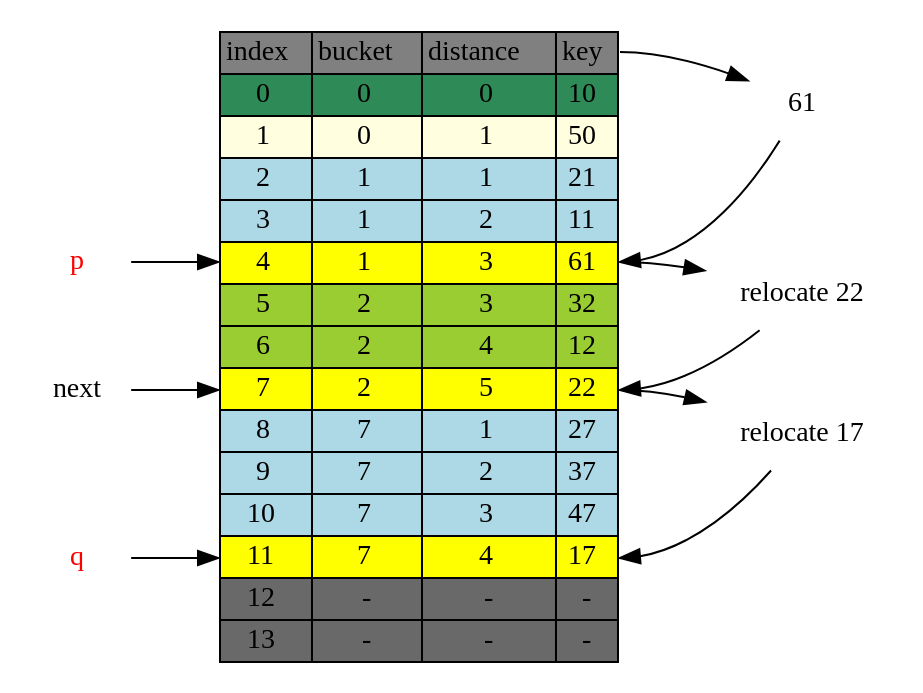
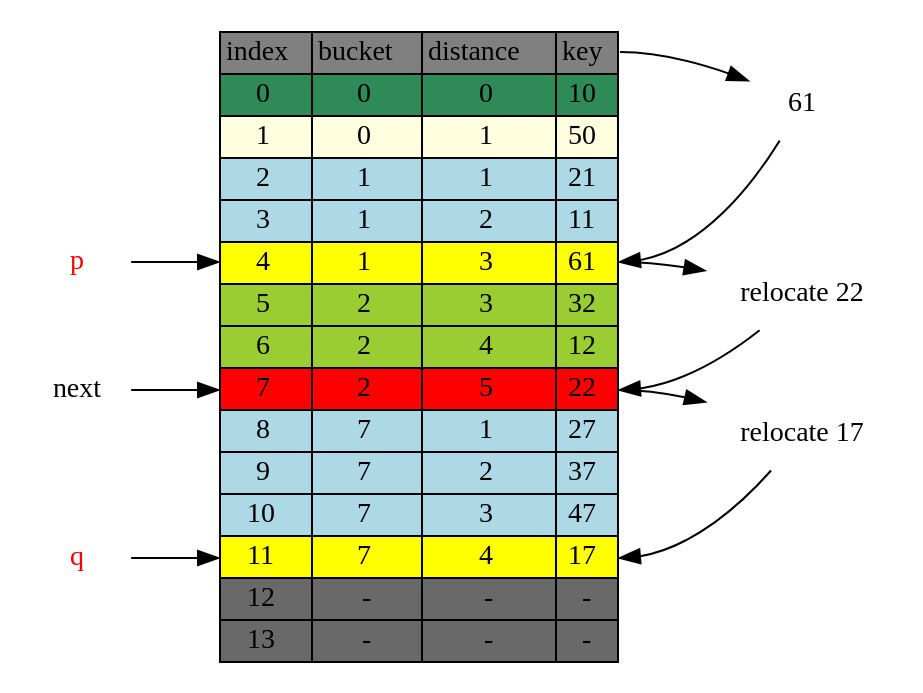
One commit to jasonlue/digest changed the diagram in hashing/cluster-insert-61-adjust-7.dot. Above: the diagram before and after it, drawn with Graphviz. The commit also changed 12 other files, not shown here.

```diff
--- a/hashing/cluster-insert-61-adjust-7.dot
+++ b/hashing/cluster-insert-61-adjust-7.dot
@@ -1,109 +1,109 @@
 digraph table{
     rankdir=LR
     node[shape=plaintext]
 
      table[label=<
         <TABLE BORDER="0" CELLBORDER="1" CELLSPACING="0">
             <TR>
                 <TD BGCOLOR="grey">index</TD>
                 <TD BGCOLOR="grey">bucket</TD>
                 <TD BGCOLOR="grey">distance</TD>
                 <TD BGCOLOR="grey" PORT="k">key</TD>
             </TR>           
             <TR>
                 <TD BGCOLOR="seagreen" PORT="i0">0</TD>
                 <TD BGCOLOR="seagreen">0</TD>
                 <TD BGCOLOR="seagreen">0</TD>
                 <TD BGCOLOR="seagreen" PORT="k0">10</TD>
             </TR>           
             <TR>
                 <TD BGCOLOR="lightyellow" PORT="i1">1</TD>
                 <TD BGCOLOR="lightyellow">0</TD>
                 <TD BGCOLOR="lightyellow">1</TD>
                 <TD BGCOLOR="lightyellow" PORT="k1">50</TD>
             </TR>           
             <TR>
                 <TD BGCOLOR="lightblue" PORT="i2">2</TD>
                 <TD BGCOLOR="lightblue">1</TD>
                 <TD BGCOLOR="lightblue">1</TD>
                 <TD BGCOLOR="lightblue" PORT="k2">21</TD>
             </TR>           
             <TR>
                 <TD BGCOLOR="lightblue" PORT="i3">3</TD>
                 <TD BGCOLOR="lightblue">1</TD>
                 <TD BGCOLOR="lightblue">2</TD>
                 <TD BGCOLOR="lightblue" PORT="k3">11</TD>
             </TR>           
             <TR>
                 <TD BGCOLOR="yellow" PORT="i4">4</TD>
                 <TD BGCOLOR="yellow">1</TD>
                 <TD BGCOLOR="yellow">3</TD>
                 <TD BGCOLOR="yellow" PORT="k4">61</TD>
             </TR>           
             <TR>
                 <TD BGCOLOR="yellowgreen" PORT="i5">5</TD>
                 <TD BGCOLOR="yellowgreen">2</TD>
                 <TD BGCOLOR="yellowgreen">3</TD>
                 <TD BGCOLOR="yellowgreen" PORT="k5">32</TD>
             </TR>
             <TR>
                 <TD BGCOLOR="yellowgreen" PORT="i6">6</TD>
                 <TD BGCOLOR="yellowgreen">2</TD>
                 <TD BGCOLOR="yellowgreen">4</TD>
                 <TD BGCOLOR="yellowgreen" PORT="k6">12</TD> 
             </TR>           
             <TR>
-                <TD BGCOLOR="yellow" PORT="i7">7</TD>
-                <TD BGCOLOR="yellow">2</TD>
-                <TD BGCOLOR="yellow">5</TD>
-                <TD BGCOLOR="yellow" PORT="k7">22</TD>
+                <TD BGCOLOR="red" PORT="i7">7</TD>
+                <TD BGCOLOR="red">2</TD>
+                <TD BGCOLOR="red">5</TD>
+                <TD BGCOLOR="red" PORT="k7">22</TD>
             </TR>           
             <TR>
                 <TD BGCOLOR="lightblue" PORT="i8">8</TD>
                 <TD BGCOLOR="lightblue">7</TD>
                 <TD BGCOLOR="lightblue">1</TD>
                 <TD BGCOLOR="lightblue" PORT="k8">27</TD>
             </TR>           
             <TR>
                 <TD BGCOLOR="lightblue" PORT="i9">9</TD>
                 <TD BGCOLOR="lightblue">7</TD>
                 <TD BGCOLOR="lightblue">2</TD>
                 <TD BGCOLOR="lightblue" PORT="k9">37</TD>
             </TR>           
             <TR>
                 <TD BGCOLOR="lightblue" PORT="i10">10</TD>
                 <TD BGCOLOR="lightblue">7</TD>
                 <TD BGCOLOR="lightblue">3</TD>
                 <TD BGCOLOR="lightblue" PORT="k10">47</TD>
             </TR>           
             <TR>
                 <TD BGCOLOR="yellow" PORT="i11">11</TD>
                 <TD BGCOLOR="yellow">7</TD>
                 <TD BGCOLOR="yellow">4</TD>
                 <TD BGCOLOR="yellow" PORT="k11">17</TD>
             </TR>           
             <TR>
                 <TD BGCOLOR="dimgrey" PORT="i12">12</TD>
                 <TD BGCOLOR="dimgrey">-</TD>
                 <TD BGCOLOR="dimgrey">-</TD>
                 <TD BGCOLOR="dimgrey" PORT="k12">-</TD>
             </TR>           
             <TR>
                 <TD BGCOLOR="dimgrey" PORT="i13">13</TD>
                 <TD BGCOLOR="dimgrey">-</TD>
                 <TD BGCOLOR="dimgrey">-</TD>
                 <TD BGCOLOR="dimgrey" PORT="k13">-</TD>
             </TR>           
         </TABLE>
     >]
 
  table:k->"61"->table:k4
 
  table:k4->"relocate 22" -> table:k7 -> "relocate 17" ->table:k11
 
 p [fontcolor="red"]
 q [fontcolor="red"]
  p -> table:i4
  q -> table:i11
  "next" -> table:i7 
  }
```
